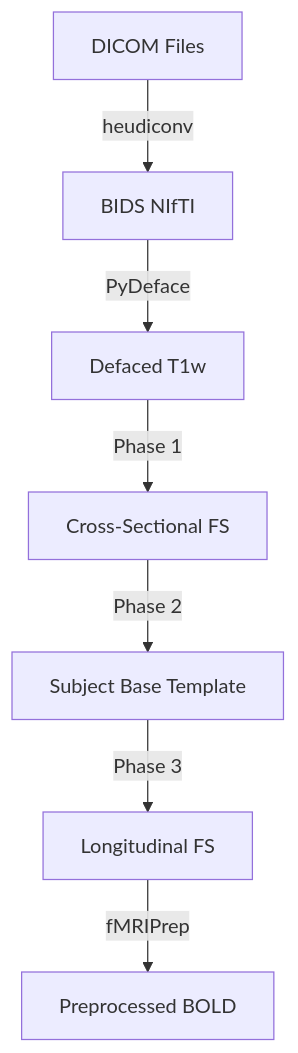
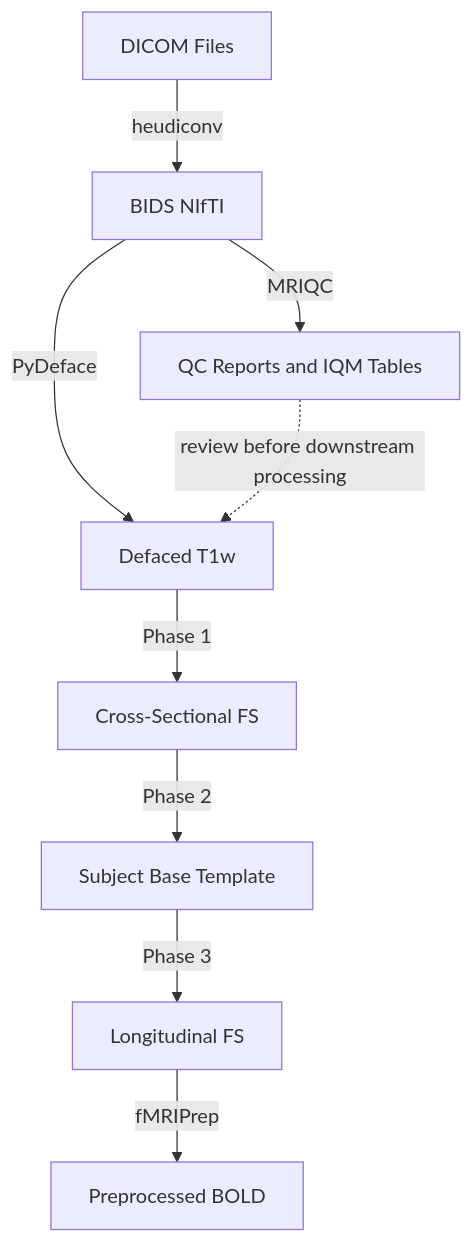
One commit to XiaoqianXiao/R01_preprocess changed the diagram in README.md. Above: the diagram before and after it, drawn with Mermaid. The commit also changed other lines of this file and 12 other files, not shown here.

````diff
--- a/README.md
+++ b/README.md
@@ -250,9 +336,11 @@
 ```mermaid
 graph TD
     A[DICOM Files] -->|heudiconv| B[BIDS NIfTI]
-    B -->|PyDeface| C[Defaced T1w]
-    C -->|Phase 1| D[Cross-Sectional FS]
-    D -->|Phase 2| E[Subject Base Template]
-    E -->|Phase 3| F[Longitudinal FS]
-    F -->|fMRIPrep| G[Preprocessed BOLD]
+    B -->|MRIQC| C[QC Reports and IQM Tables]
+    B -->|PyDeface| D[Defaced T1w]
+    C -. review before downstream processing .-> D
+    D -->|Phase 1| E[Cross-Sectional FS]
+    E -->|Phase 2| F[Subject Base Template]
+    F -->|Phase 3| G[Longitudinal FS]
+    G -->|fMRIPrep| H[Preprocessed BOLD]
 ```
````
